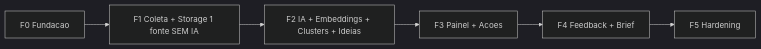
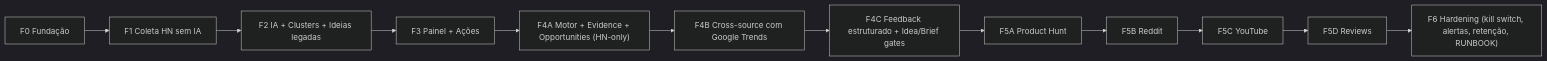
Before and after one commit to lotrfanboy/MVP2Go: the third of 3 diagrams in docs/PRD.md, drawn with Mermaid (dark theme). The commit also changed other lines of this file and 18 other files, not shown here.

````diff
--- a/docs/PRD.md
+++ b/docs/PRD.md
@@ -446,8 +591,14 @@
 ```mermaid
 flowchart LR
-    F0["F0 Fundacao"] --> F1["F1 Coleta + Storage 1 fonte SEM IA"]
-    F1 --> F2["F2 IA + Embeddings + Clusters + Ideias"]
-    F2 --> F3["F3 Painel + Acoes"]
-    F3 --> F4["F4 Feedback + Brief"]
-    F4 --> F5["F5 Hardening"]
+    F0["F0 Fundação"] --> F1["F1 Coleta HN sem IA"]
+    F1 --> F2["F2 IA + Clusters + Ideias legadas"]
+    F2 --> F3["F3 Painel + Ações"]
+    F3 --> F4A["F4A Motor + Evidence + Opportunities (HN-only)"]
+    F4A --> F4B["F4B Cross-source com Google Trends"]
+    F4B --> F4C["F4C Feedback estruturado + Idea/Brief gates"]
+    F4C --> F5A["F5A Product Hunt"]
+    F5A --> F5B["F5B Reddit"]
+    F5B --> F5C["F5C YouTube"]
+    F5C --> F5D["F5D Reviews"]
+    F5D --> F6["F6 Hardening (kill switch, alertas, retenção, RUNBOOK)"]
 ```
````
